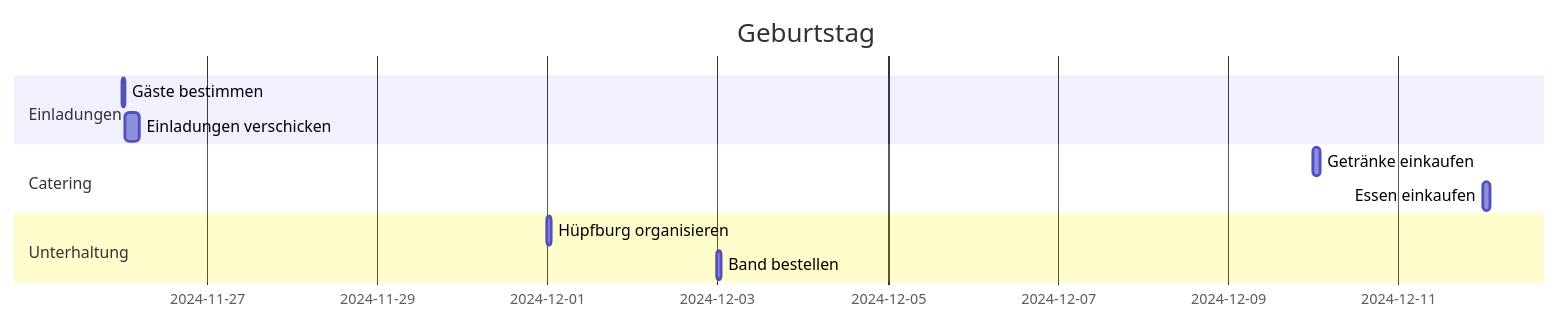
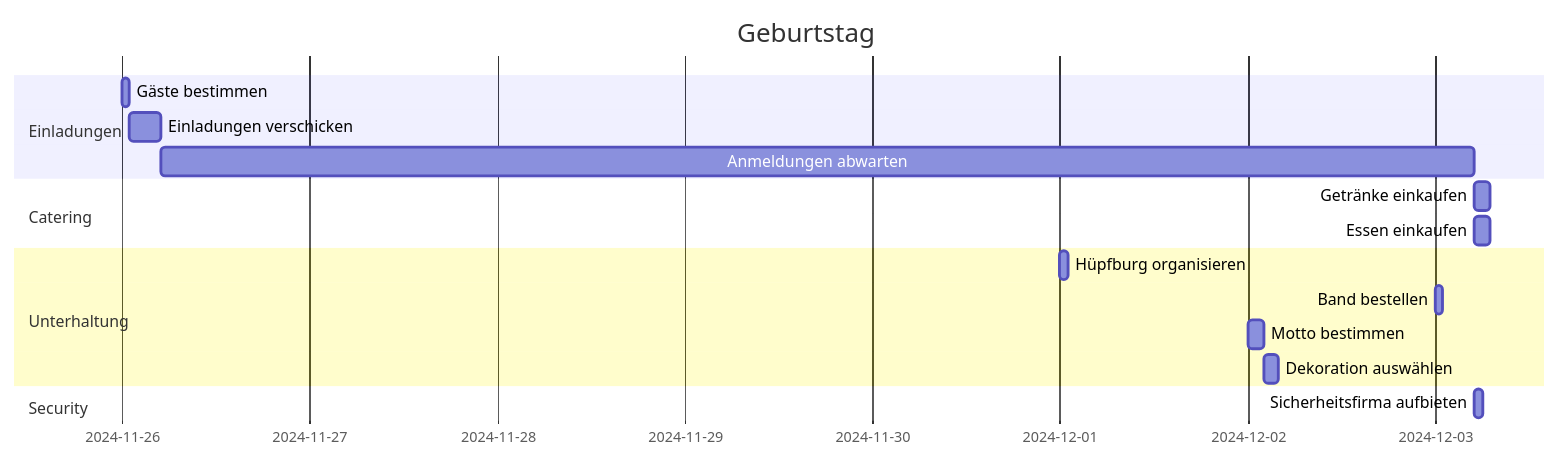
The diagram in content/planen/gantt-beispiel.md (patrickbucher/m331.frickelbude.ch), drawn with Mermaid before and after one commit.

Commit message:
modified Gantt example

````diff
--- a/content/planen/gantt-beispiel.md
+++ b/content/planen/gantt-beispiel.md
@@ -7,18 +7,23 @@
 ```mermaid
 gantt
     title Geburtstag
     dateFormat DD.MM.YYYY
 
     section Einladungen
     Gäste bestimmen :p1, 26.11.2024, 1h
     Einladungen verschicken :p2, after p1, 4h
+    Anmeldungen abwarten :p3, after p2, 7d
 
     section Catering
-    Getränke einkaufen :c1, 10.12.2024, 2h
-    Essen einkaufen :c2, 12.12.2024, 2h
+    Getränke einkaufen :c1, after p3, 2h
+    Essen einkaufen :c2, after p3, 2h
 
     section Unterhaltung
     Hüpfburg organisieren :u1, 01.12.2024, 1h
     Band bestellen :u2, 03.12.2024, 1h
+    Motto bestimmen :u3, 02.12.2024, 2h
+    Dekoration auswählen :u4, after u3, 2h
 
+    section Security
+    Sicherheitsfirma aufbieten :s1, after p3, 1h
 ```
````
